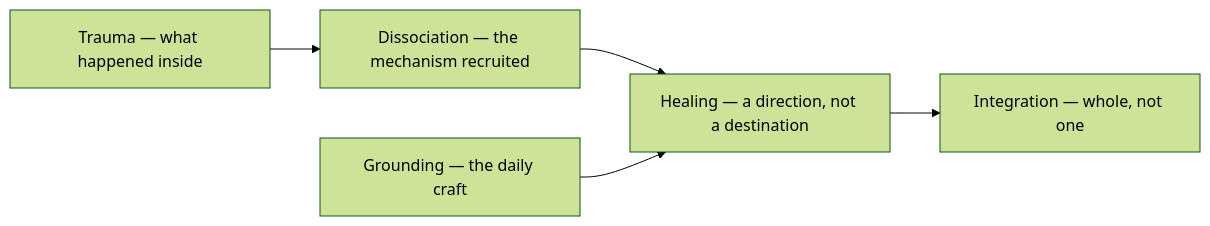
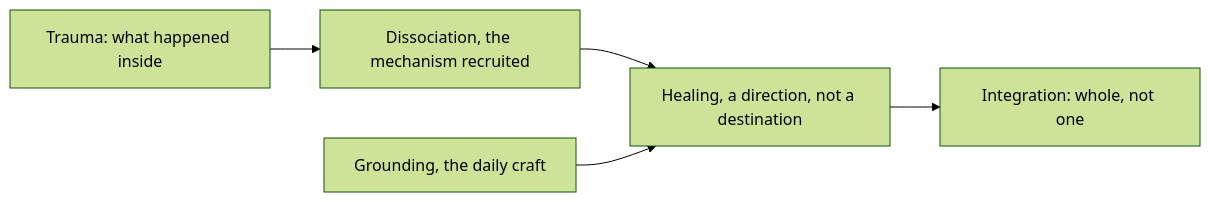
The diagram in data/knowledge/psychology/trauma-and-healing/index.md (kennethreitz/kennethreitz.org), drawn with Mermaid (forest theme) before and after one commit. The commit also changed other lines of this file and 879 other files, not shown here.

````diff
--- a/data/knowledge/psychology/trauma-and-healing/index.md
+++ b/data/knowledge/psychology/trauma-and-healing/index.md
@@ -20,7 +20,7 @@
 ```mermaid
 flowchart LR
-    T["Trauma — what happened inside"] --> D["Dissociation — the mechanism recruited"]
-    D --> H["Healing — a direction, not a destination"]
-    H --> I["Integration — whole, not one"]
-    G["Grounding — the daily craft"] --> H
+    T["Trauma: what happened inside"] --> D["Dissociation, the mechanism recruited"]
+    D --> H["Healing, a direction, not a destination"]
+    H --> I["Integration: whole, not one"]
+    G["Grounding, the daily craft"] --> H
 ```
````
